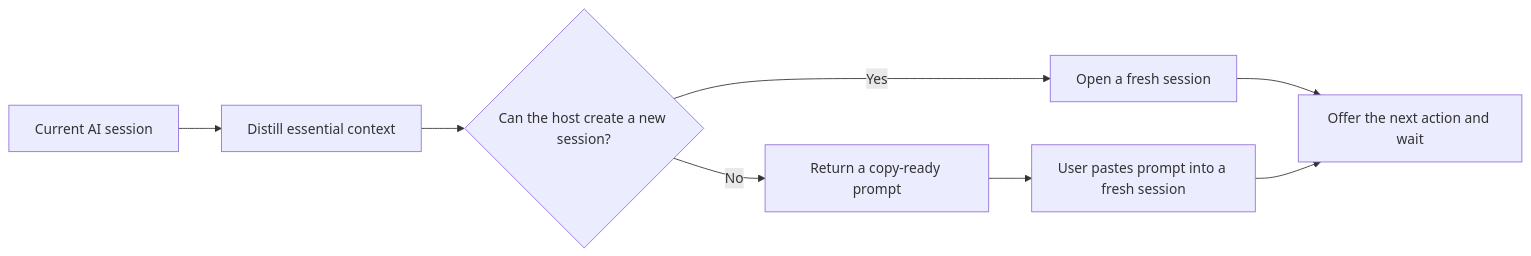
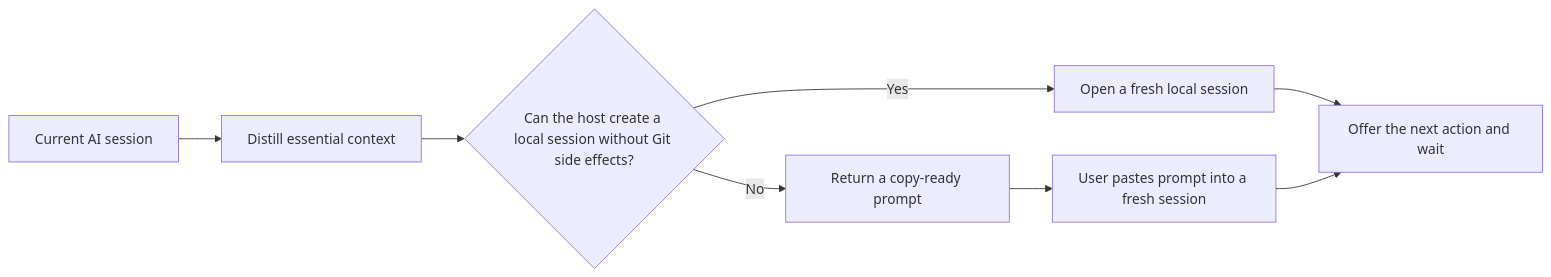
The diagram in README.md (MarkusBonazzi/take-it-from-here), drawn with Mermaid before and after one commit. The commit also changed other lines of this file, not shown here.

First line of the commit message:
Fix local task creation without Git branches

````diff
--- a/README.md
+++ b/README.md
@@ -41,10 +41,10 @@
 ```mermaid
 flowchart LR
     A["Current AI session"] --> B["Distill essential context"]
-    B --> C{"Can the host create a new session?"}
-    C -->|Yes| D["Open a fresh session"]
+    B --> C{"Can the host create a local session without Git side effects?"}
+    C -->|Yes| D["Open a fresh local session"]
     C -->|No| E["Return a copy-ready prompt"]
     D --> F["Offer the next action and wait"]
     E --> G["User pastes prompt into a fresh session"]
     G --> F
 ```
````
